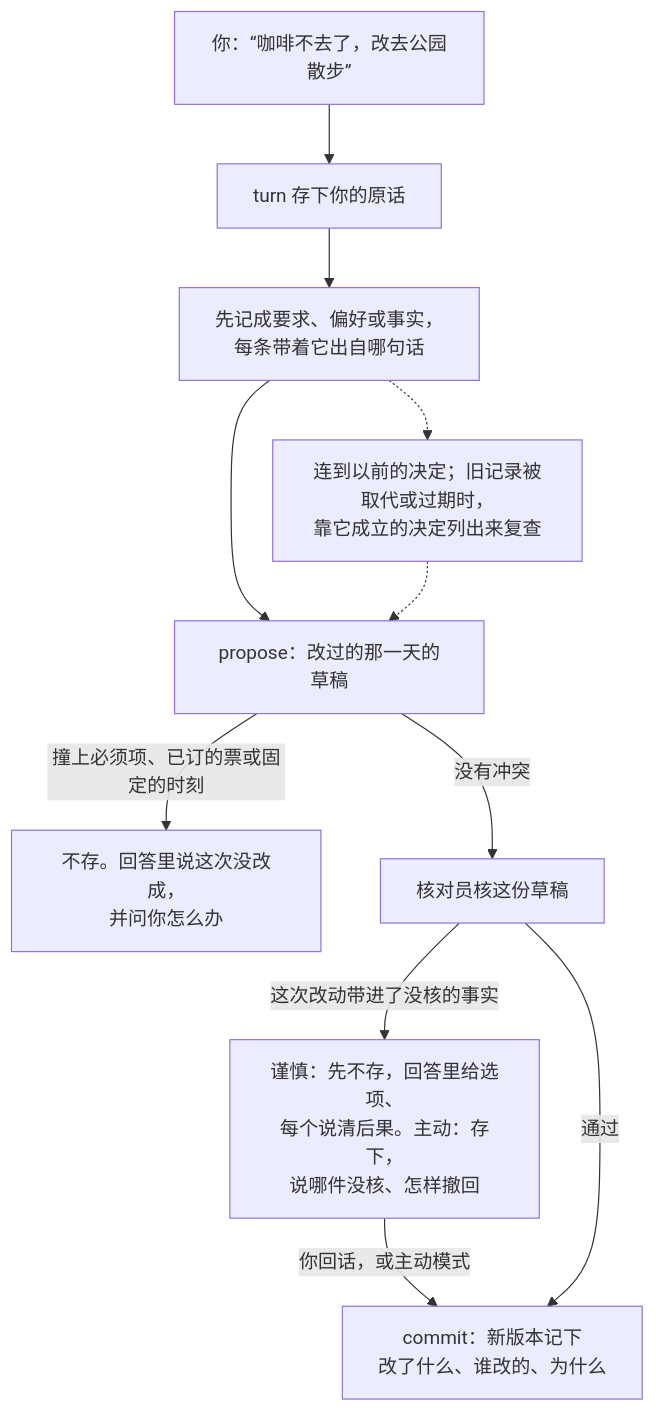
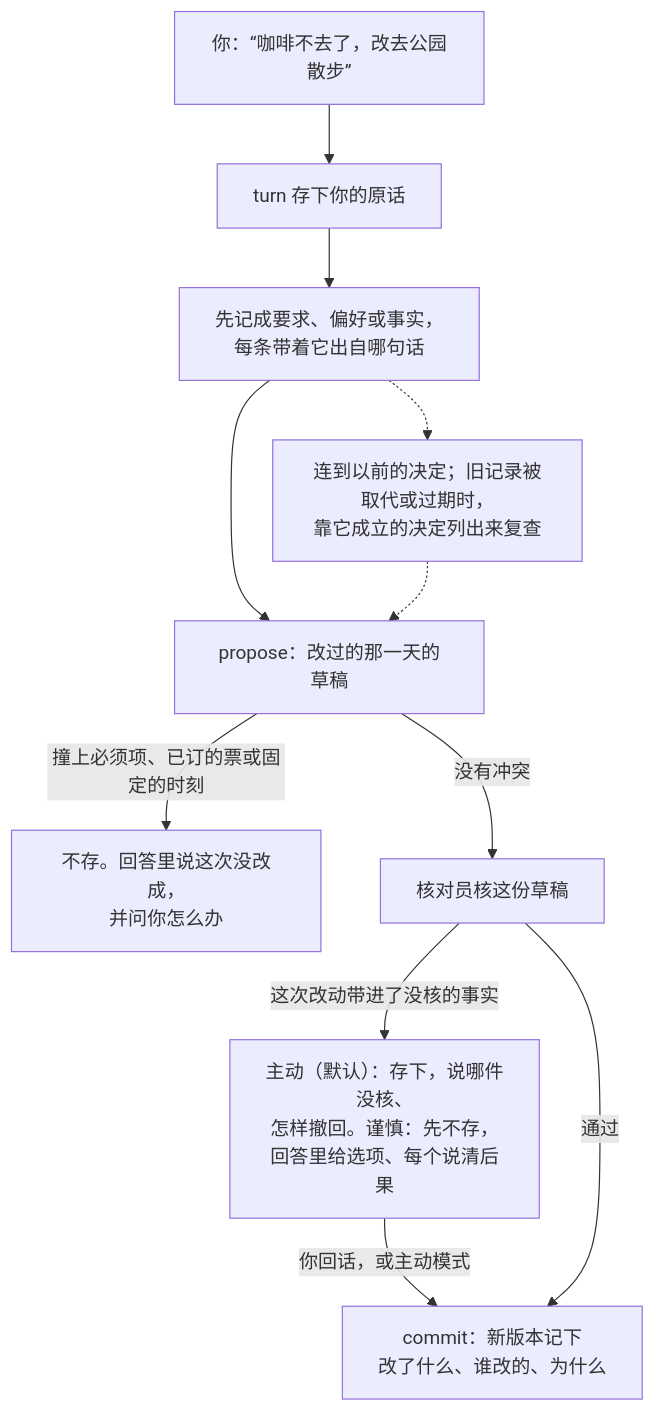
One commit to zlxdengtianhei/tripwright changed the second of 3 diagrams in README.zh-CN.md. Above: the diagram before and after it, drawn with Mermaid. The commit also changed other lines of this file and 38 other files, not shown here.

````diff
--- a/README.zh-CN.md
+++ b/README.zh-CN.md
@@ -42,12 +42,12 @@
 ```mermaid
 flowchart TD
     A["你：“咖啡不去了，改去公园散步”"] --> B["turn 存下你的原话"]
     B --> C["先记成要求、偏好或事实，<br/>每条带着它出自哪句话"]
     C -.-> D["连到以前的决定；旧记录被取代或过期时，<br/>靠它成立的决定列出来复查"]
     C --> E["propose：改过的那一天的草稿"]
     D -.-> E
     E -->|"撞上必须项、已订的票或固定的时刻"| X["不存。回答里说这次没改成，<br/>并问你怎么办"]
     E -->|"没有冲突"| F["核对员核这份草稿"]
-    F -->|"这次改动带进了没核的事实"| Y["谨慎：先不存，回答里给选项、<br/>每个说清后果。主动：存下，<br/>说哪件没核、怎样撤回"] -->|"你回话，或主动模式"| H
+    F -->|"这次改动带进了没核的事实"| Y["主动（默认）：存下，说哪件没核、<br/>怎样撤回。谨慎：先不存，<br/>回答里给选项、每个说清后果"] -->|"你回话，或主动模式"| H
     F -->|"通过"| H["commit：新版本记下<br/>改了什么、谁改的、为什么"]
 ```
````
